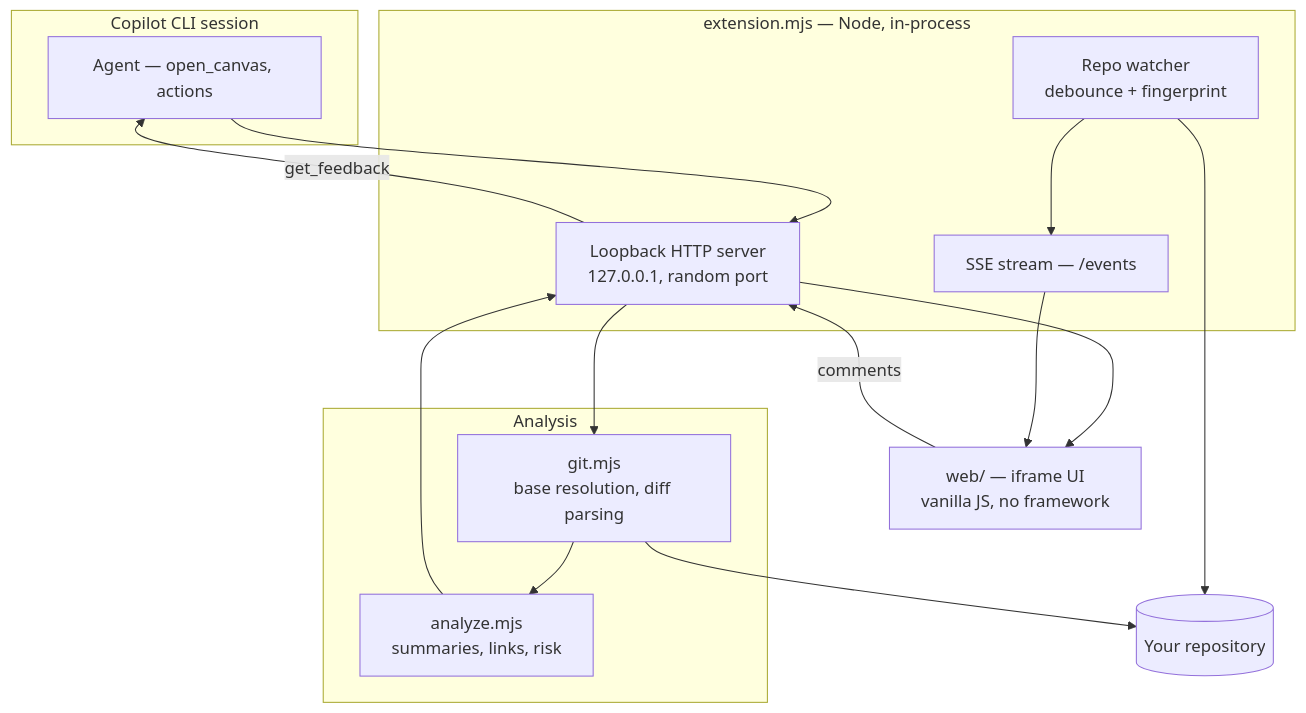
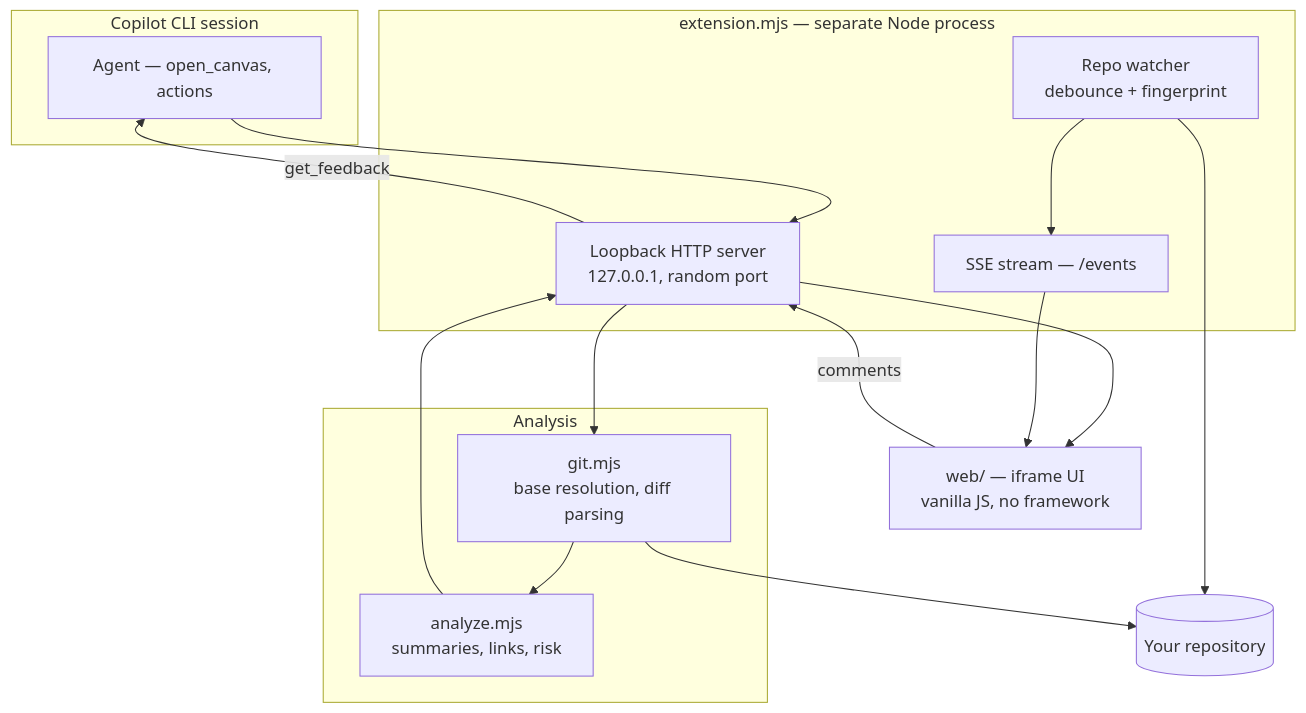
The second of 2 diagrams in README.md (nimrod-rozenman/GitSummit-Canvas), drawn with Mermaid before and after one commit. The commit also changed other lines of this file and 5 other files, not shown here.

````diff
--- a/README.md
+++ b/README.md
@@ -242,30 +253,30 @@
 ```mermaid
 flowchart TB
     subgraph host["Copilot CLI session"]
         AGENT["Agent — open_canvas, actions"]
     end
 
-    subgraph ext["extension.mjs — Node, in-process"]
+    subgraph ext["extension.mjs — separate Node process"]
         SRV["Loopback HTTP server<br/>127.0.0.1, random port"]
         SSE["SSE stream — /events"]
         WATCH["Repo watcher<br/>debounce + fingerprint"]
     end
 
     subgraph core["Analysis"]
         GIT["git.mjs<br/>base resolution, diff parsing"]
         AN["analyze.mjs<br/>summaries, links, risk"]
     end
 
     UI["web/ — iframe UI<br/>vanilla JS, no framework"]
     REPO[("Your repository")]
 
     AGENT --> SRV
     SRV --> GIT --> REPO
     GIT --> AN --> SRV
     SRV --> UI
     SSE --> UI
     WATCH --> REPO
     WATCH --> SSE
     UI -->|comments| SRV
     SRV -->|get_feedback| AGENT
 ```
````
